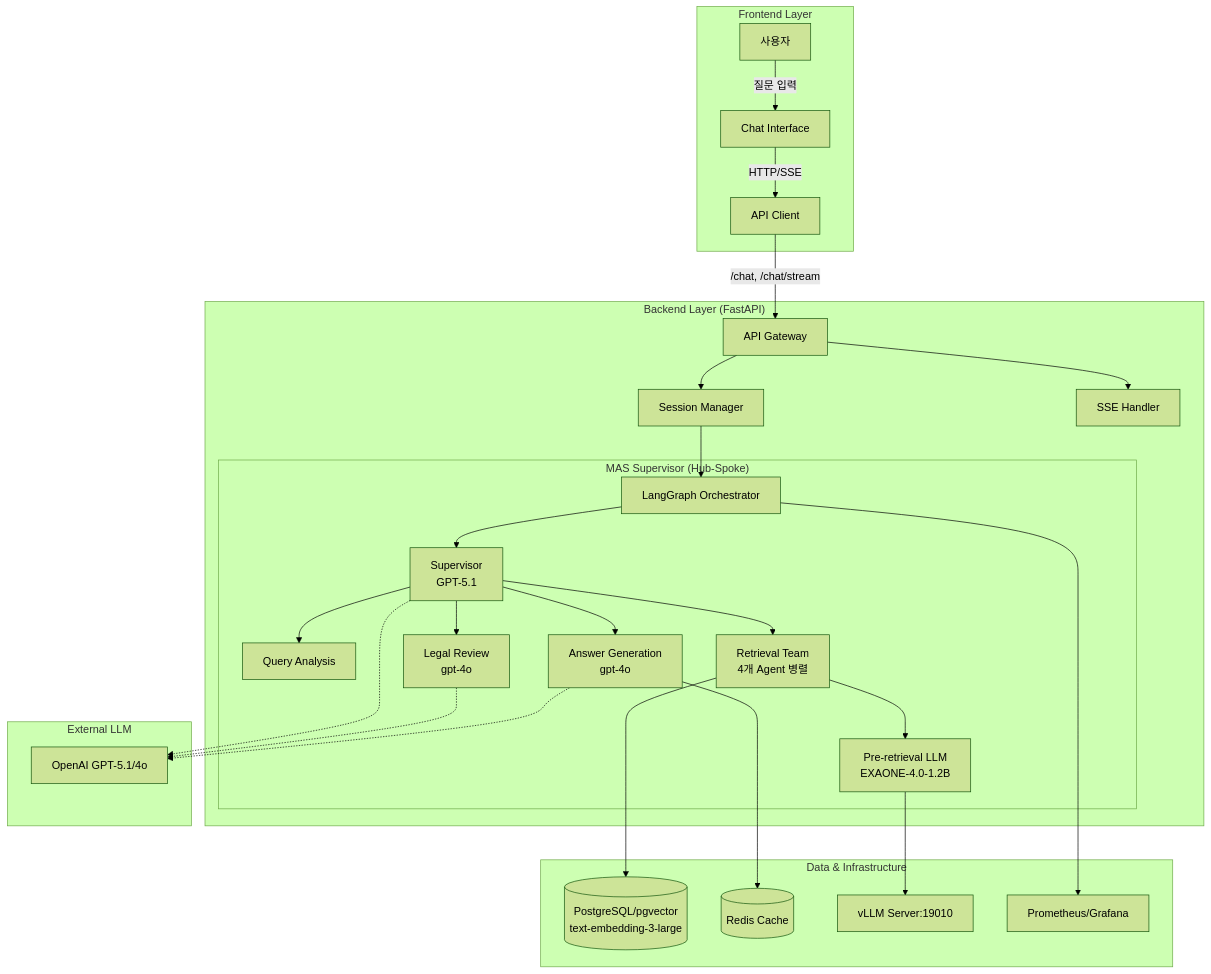
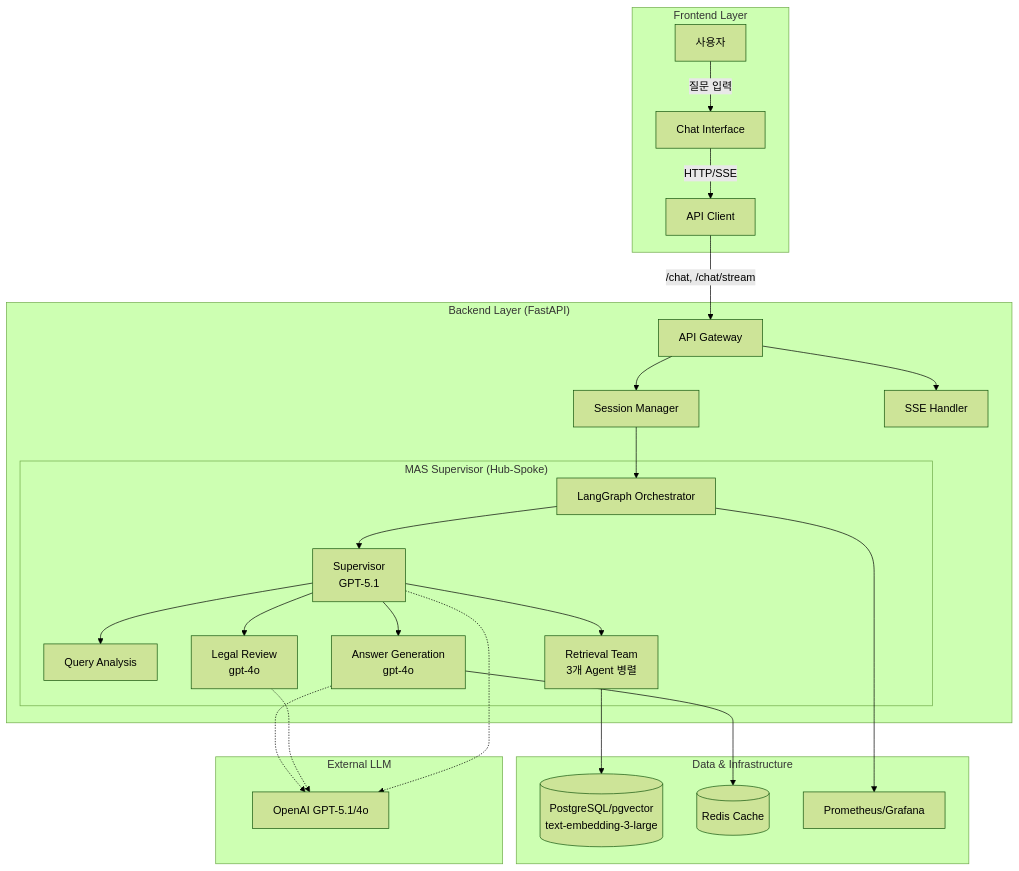
One commit to Maroco0109/Ddoksori changed the first of 2 diagrams in README.md. Above: the diagram before and after it, drawn with Mermaid (forest theme). The commit also changed other lines of this file and 58 other files, not shown here.

````diff
--- a/README.md
+++ b/README.md
@@ -127,36 +120,34 @@
 ```mermaid
 graph TB
     subgraph "Frontend Layer"
         A[사용자] -->|질문 입력| B[Chat Interface]
         B -->|HTTP/SSE| C[API Client]
     end
 
     subgraph "Backend Layer (FastAPI)"
         C -->|/chat, /chat/stream| D[API Gateway]
         D --> E[Session Manager]
         D --> F[SSE Handler]
         E --> G[LangGraph Orchestrator]
 
         subgraph "MAS Supervisor (Hub-Spoke)"
             G --> SUP[Supervisor<br/>GPT-5.1]
             SUP --> H[Query Analysis]
-            SUP --> I[Retrieval Team<br/>4개 Agent 병렬]
-            I --> PRE[Pre-retrieval LLM<br/>EXAONE-4.0-1.2B]
+            SUP --> I[Retrieval Team<br/>3개 Agent 병렬]
             SUP --> J[Answer Generation<br/>gpt-4o]
             SUP --> K[Legal Review<br/>gpt-4o]
         end
     end
 
     subgraph "Data & Infrastructure"
         I --> L[(PostgreSQL/pgvector<br/>text-embedding-3-large)]
         J --> M[(Redis Cache)]
-        PRE --> N[vLLM Server:19010]
         G --> O[Prometheus/Grafana]
     end
 
     subgraph "External LLM"
         J -.-> P[OpenAI GPT-5.1/4o]
         K -.-> P
         SUP -.-> P
     end
 ```
````
